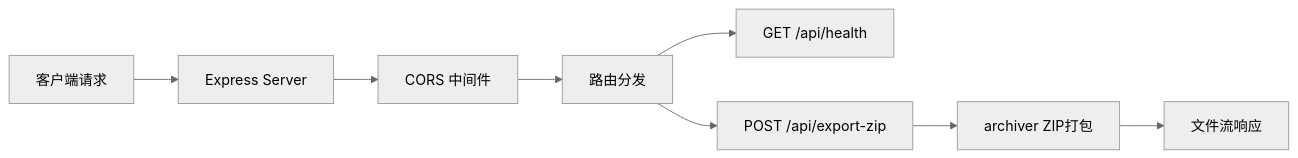
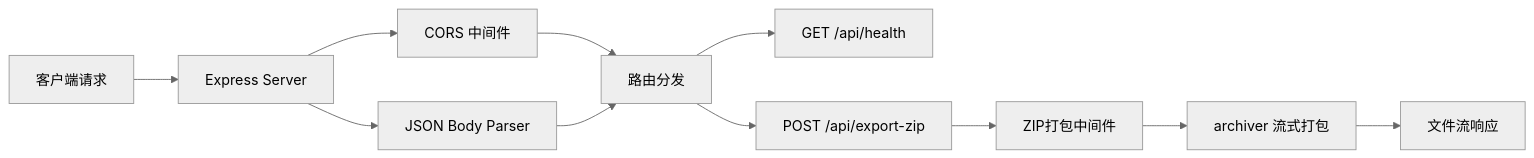
Before and after one commit to NUDT-ZSL/Solo: the second of 2 diagrams in cp2_6.11_auto67/.trae/documents/TECH-ARCH-情绪雕塑生成器.md, drawn with Mermaid (neutral theme). The commit also changed other lines of this file, not shown here.

````diff
--- a/cp2_6.11_auto67/.trae/documents/TECH-ARCH-情绪雕塑生成器.md
+++ b/cp2_6.11_auto67/.trae/documents/TECH-ARCH-情绪雕塑生成器.md
@@ -88,10 +1388,12 @@
 ```mermaid
 graph LR
     A["客户端请求"] --> B["Express Server"]
     B --> C["CORS 中间件"]
-    C --> D["路由分发"]
-    D --> E["GET /api/health"]
-    D --> F["POST /api/export-zip"]
-    F --> G["archiver ZIP打包"]
-    G --> H["文件流响应"]
+    B --> D["JSON Body Parser"]
+    C & D --> E["路由分发"]
+    E --> F["GET /api/health"]
+    E --> G["POST /api/export-zip"]
+    G --> H["ZIP打包中间件"]
+    H --> I["archiver 流式打包"]
+    I --> J["文件流响应"]
 ```
````
